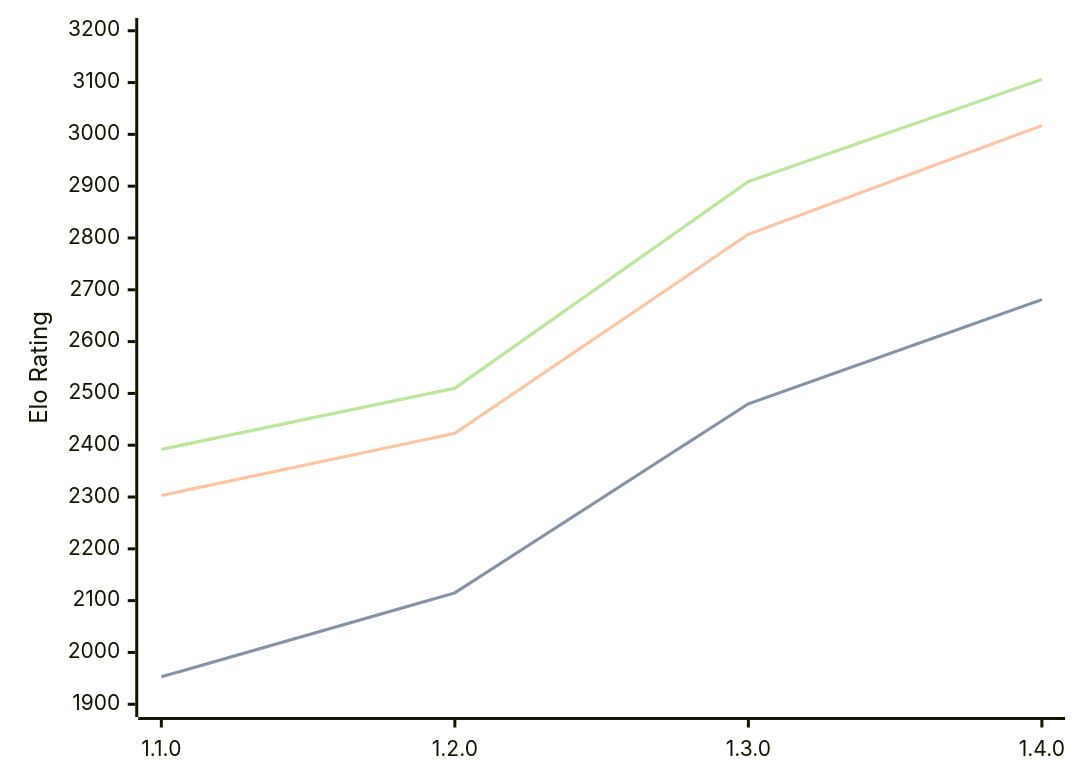
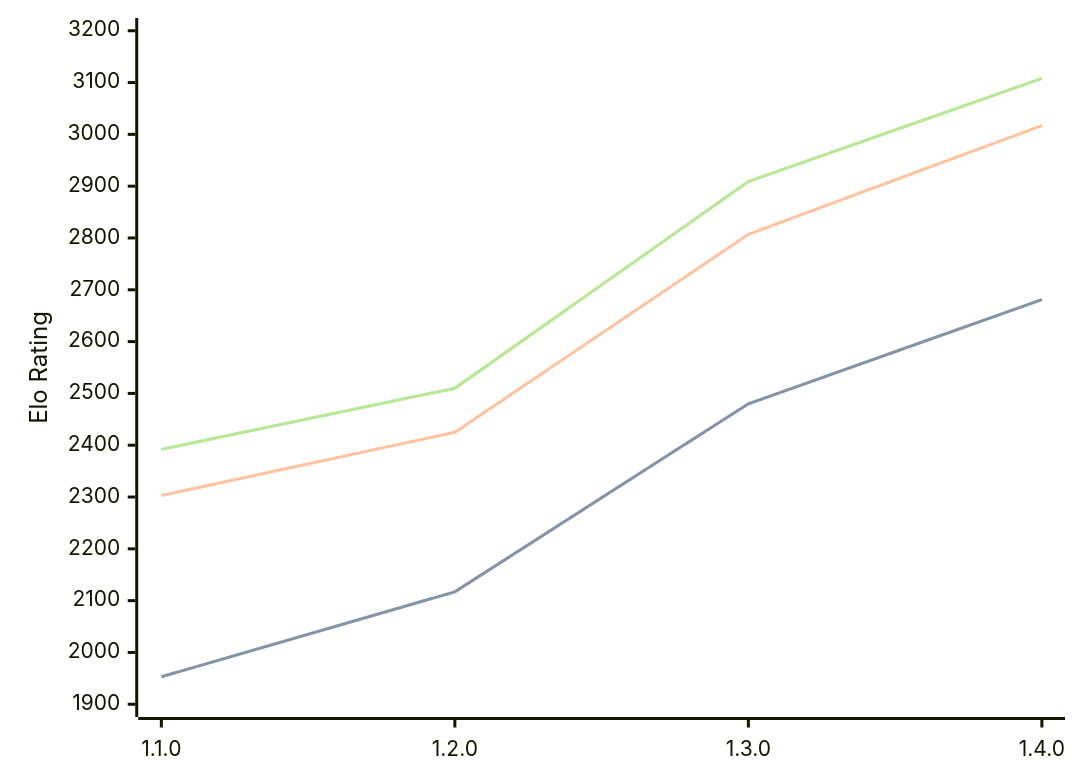
One commit to computer-chess-index/cci changed the diagram in engines/Gyatso.md. Above: the diagram before and after it, drawn with Mermaid. The commit also changed other lines of this file, not shown here.

Commit message:
Update CCI Ratings (ELO VLTC) - 2026-08-17

````diff
--- a/engines/Gyatso.md
+++ b/engines/Gyatso.md
@@ -36,11 +36,11 @@
 ```mermaid
 %%{init: {"theme":"base","themeVariables":{"seriesColors:['#a3a3a3','#222221','#faa371']}}}%%
 xychart-beta
   x-axis ["1.1.0", "1.2.0", "1.3.0", "1.4.0"]
   y-axis "Elo Rating" 1900 --> 3200
-  line "STC (8.0+0.08s)" [1953, 2115, 2480, 2681]
-  line "STC (8.0+0.08s)" [1953, 2115, 2480, 2681]
-  line "LTC (60.0+0.60s)" [2303, 2423, 2807, 3017]
-  line "VLTC (2m24s+1.12s)" [2392, 2510, 2909, 3106]
-  line "VLTC (2m24s+1.12s)" [2392, 2510, 2909, 3106]
+  line "STC (8.0+0.08s)" [1953, 2117, 2480, 2681]
+  line "STC (8.0+0.08s)" [1953, 2117, 2480, 2681]
+  line "LTC (60.0+0.60s)" [2303, 2425, 2807, 3017]
+  line "VLTC (2m24s+1.12s)" [2392, 2510, 2909, 3108]
+  line "VLTC (2m24s+1.12s)" [2392, 2510, 2909, 3108]
 ```
````
